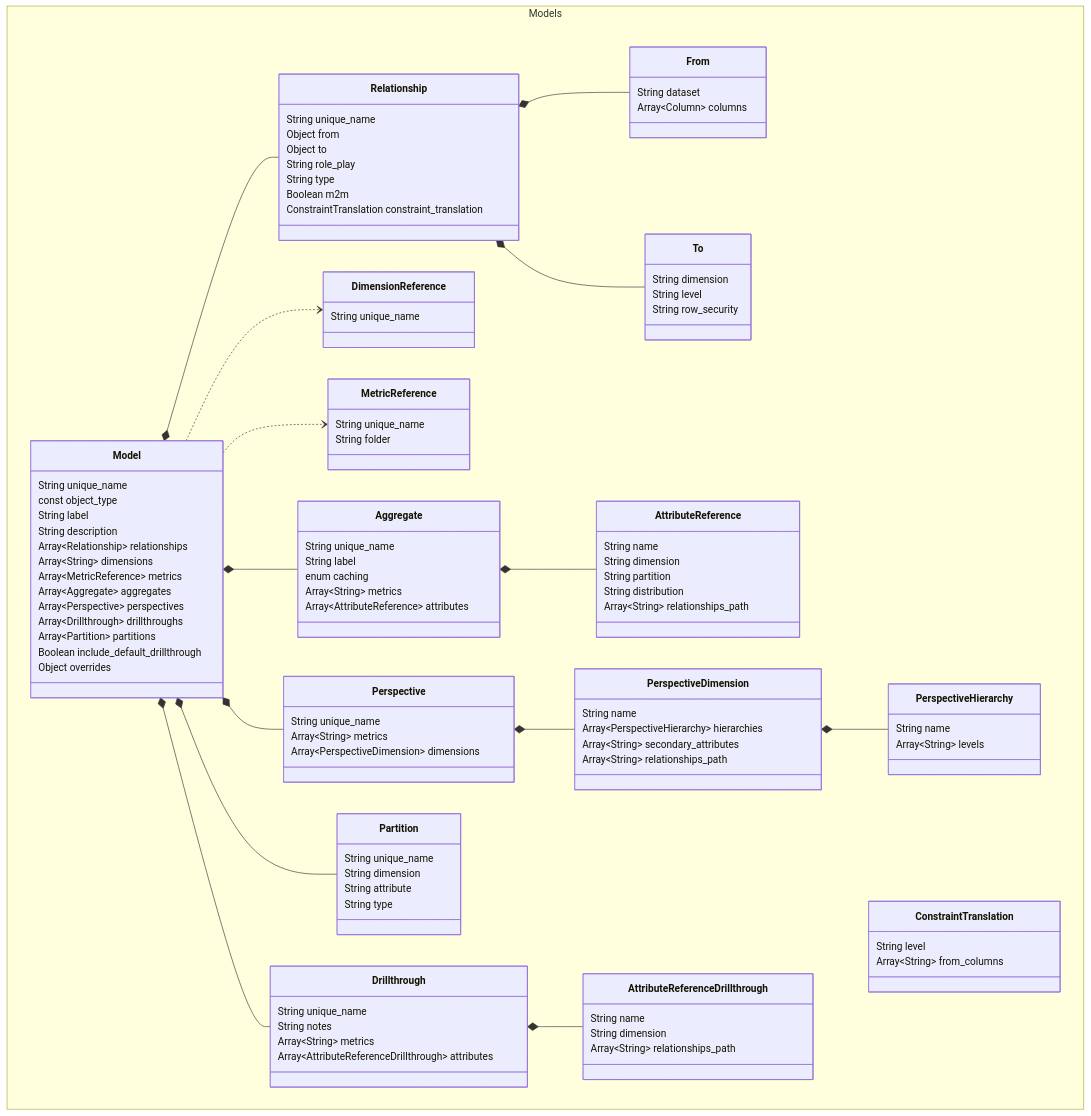
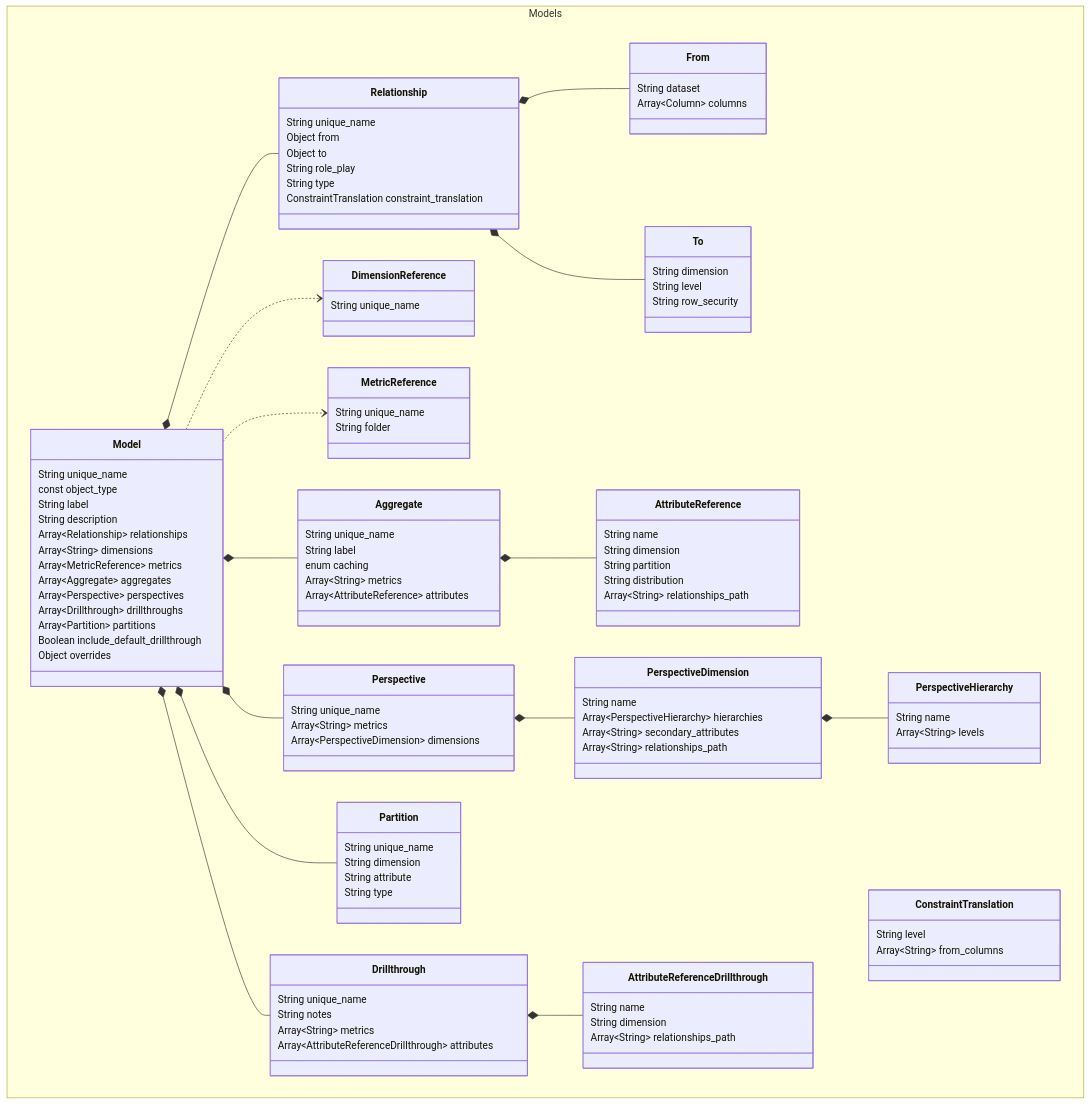
One commit to semanticdatalayer/SML changed the diagram in sml-reference/model.md. Above: the diagram before and after it, drawn with Mermaid. The commit also changed other lines of this file, not shown here.

```diff
--- a/sml-reference/model.md
+++ b/sml-reference/model.md
@@ -218,7 +213,6 @@
       Object to
       String role_play
       String type
-      Boolean m2m
       ConstraintTranslation constraint_translation
     }
     class From{
```
